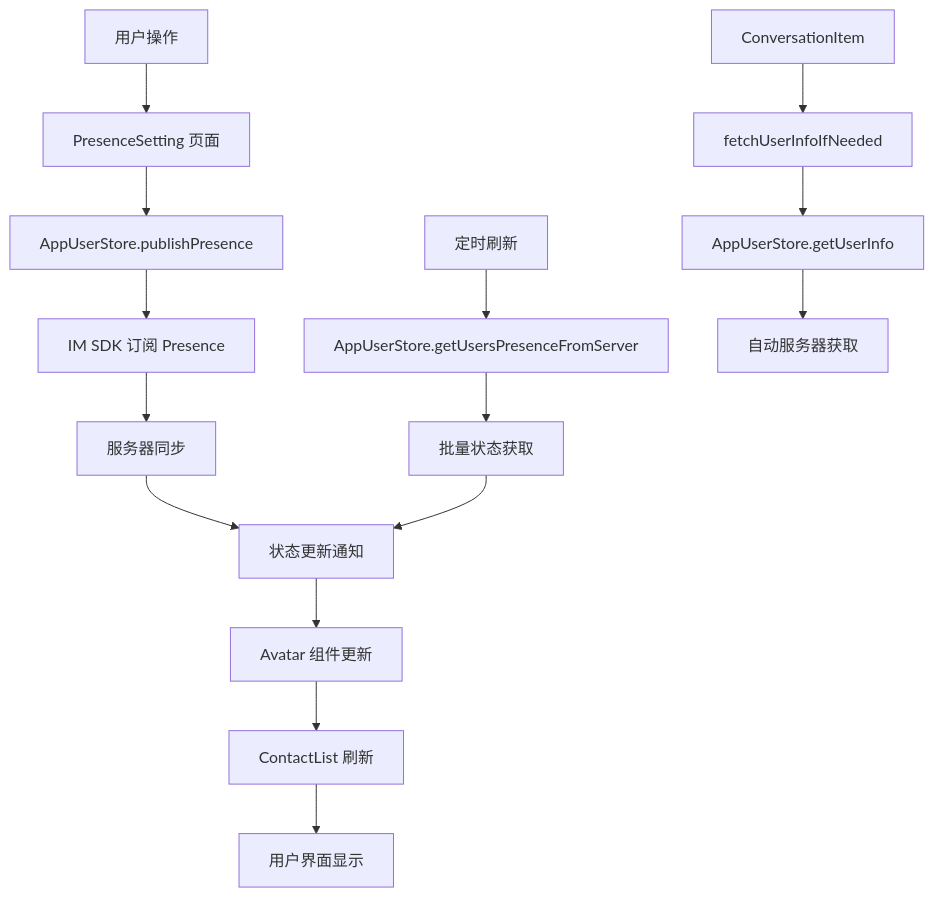
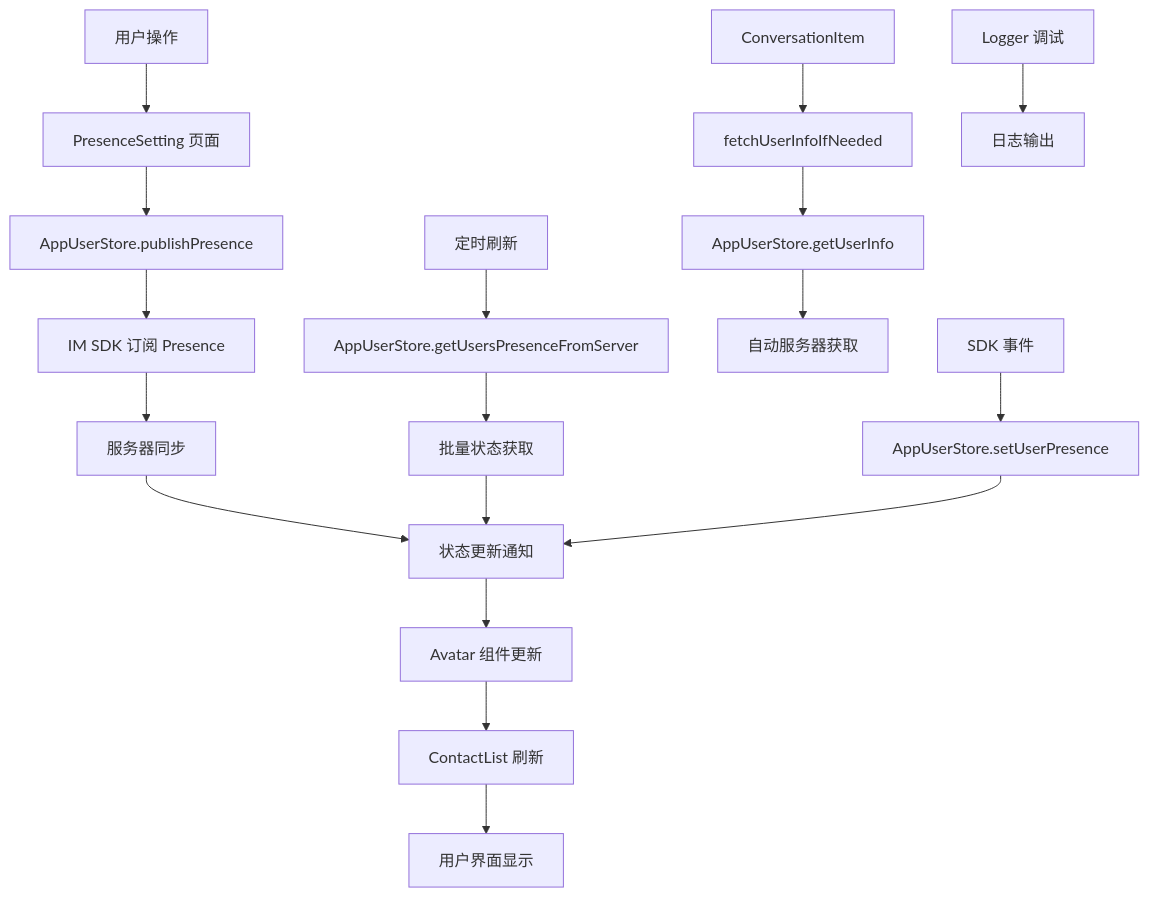
Before and after one commit to Easemob-Community/easemob-uikit-uniapp-community: the sixth of 7 diagrams in .qoder/repowiki/zh/content/User Status Management.md, drawn with Mermaid. The commit also changed other lines of this file and 4 other files, not shown here.

````diff
--- a/.qoder/repowiki/zh/content/User Status Management.md
+++ b/.qoder/repowiki/zh/content/User Status Management.md
@@ -357,17 +398,20 @@
 ```mermaid
 flowchart TD
 A[用户操作] --> B[PresenceSetting 页面]
 B --> C[AppUserStore.publishPresence]
 C --> D[IM SDK 订阅 Presence]
 D --> E[服务器同步]
 E --> F[状态更新通知]
 F --> G[Avatar 组件更新]
 G --> H[ContactList 刷新]
 H --> I[用户界面显示]
 J[定时刷新] --> K[AppUserStore.getUsersPresenceFromServer]
 K --> L[批量状态获取]
 L --> F
 M[ConversationItem] --> N[fetchUserInfoIfNeeded]
 N --> O[AppUserStore.getUserInfo]
 O --> P[自动服务器获取]
+Q[SDK 事件] --> R[AppUserStore.setUserPresence]
+R --> F
+S[Logger 调试] --> T[日志输出]
 ```
````
